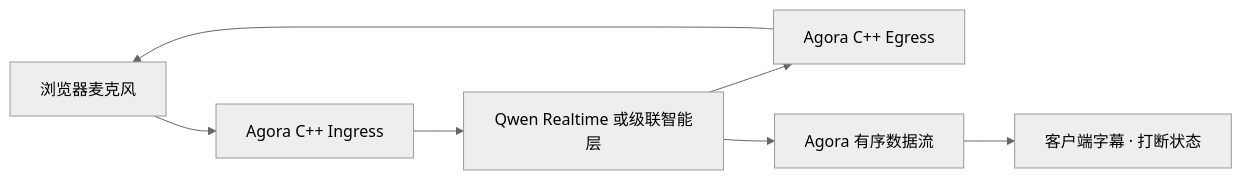
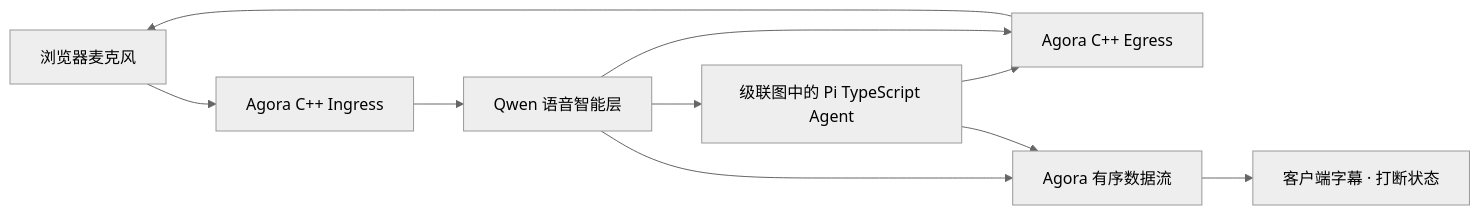
Before and after one commit to PiyotaHu/muxiva: the diagram in docs/site/zh/index.md, drawn with Mermaid (neutral theme). The commit also changed other lines of this file and 111 other files, not shown here.

````diff
--- a/docs/site/zh/index.md
+++ b/docs/site/zh/index.md
@@ -20,9 +20,12 @@
 ```mermaid
 flowchart LR
     WEB["浏览器麦克风"] --> AGORA_IN["Agora C++ Ingress"]
-    AGORA_IN --> QWEN["Qwen Realtime 或级联智能层"]
-    QWEN --> AGORA_OUT["Agora C++ Egress"]
+    AGORA_IN --> QWEN["Qwen 语音智能层"]
+    QWEN --> PI["级联图中的 Pi TypeScript Agent"]
+    PI --> AGORA_OUT["Agora C++ Egress"]
+    QWEN --> AGORA_OUT
     AGORA_OUT --> WEB
     QWEN --> DATA["Agora 有序数据流"]
+    PI --> DATA
     DATA --> LIVE["客户端字幕 · 打断状态"]
 ```
````
